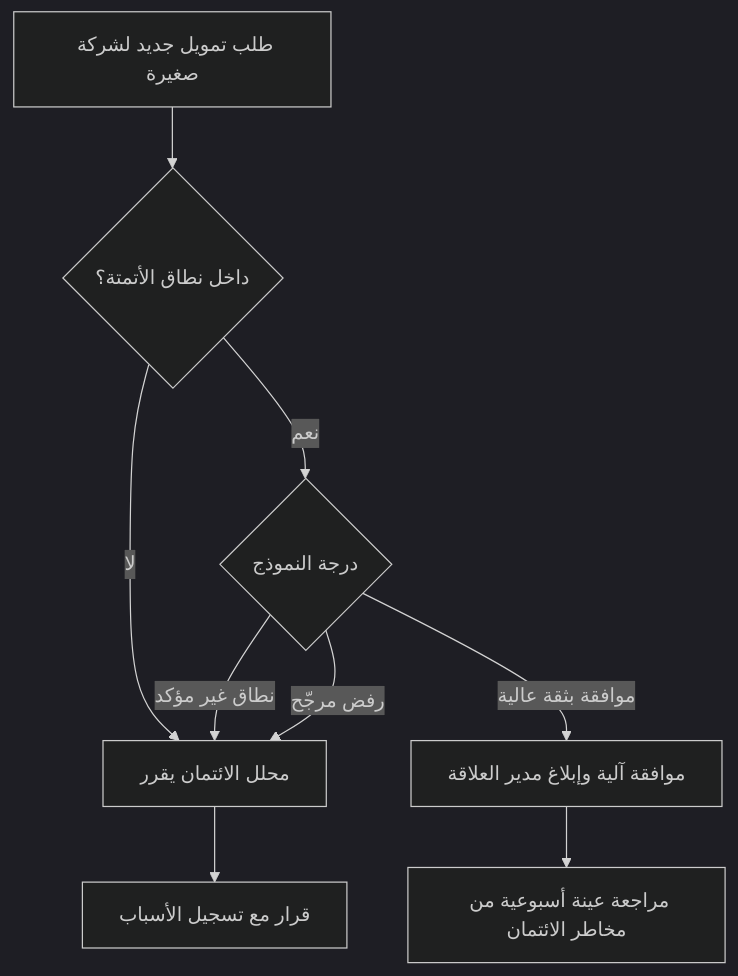
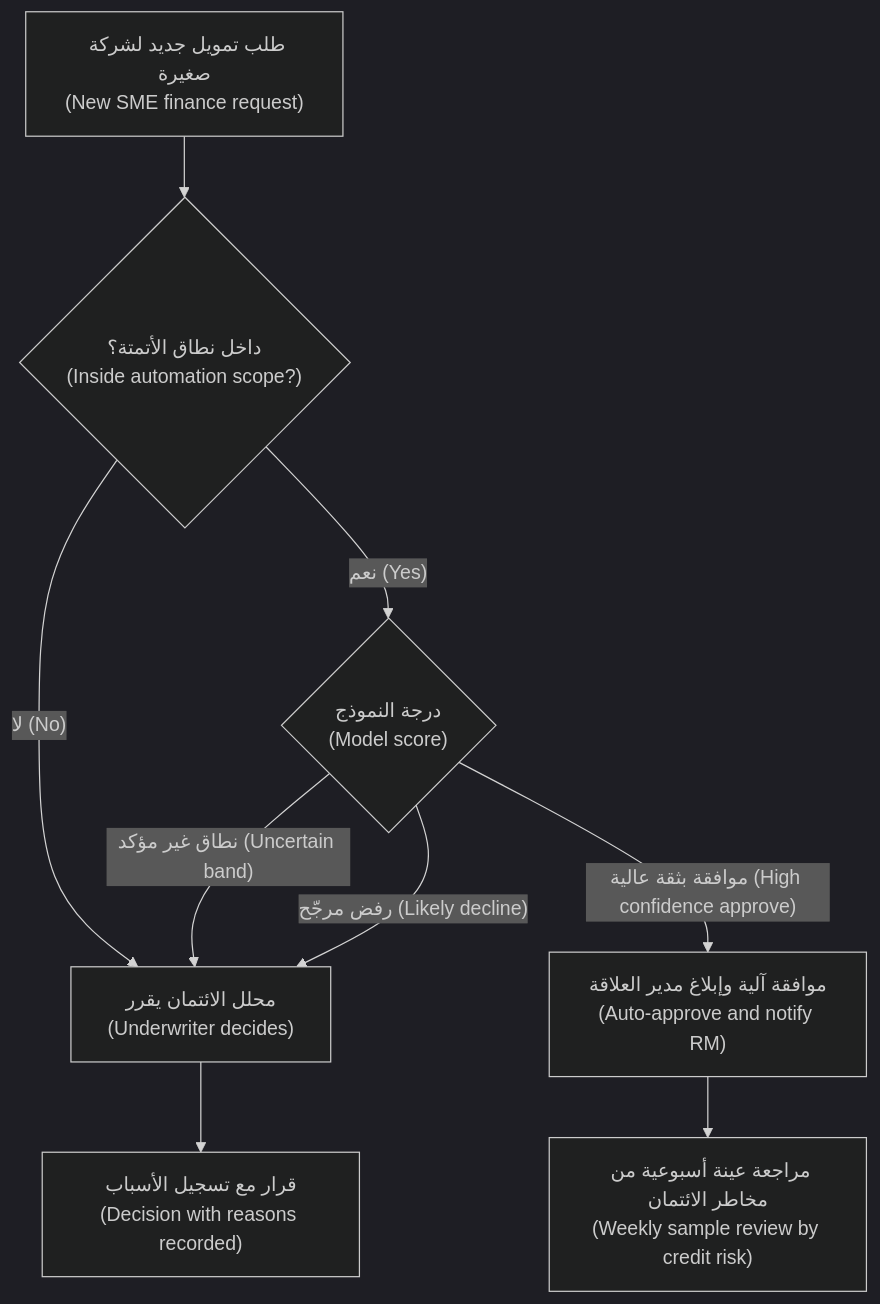
One commit to Tamoura/system-design-for-vibe-coders changed the first of 3 diagrams in aipm/modules/04-design.ar.md. Above: the diagram before and after it, drawn with Mermaid (dark theme). The commit also changed other lines of this file and 9 other files, not shown here.

First line of the commit message:
AI PM course (AR): right-to-left diagrams with English labels

````diff
--- a/aipm/modules/04-design.ar.md
+++ b/aipm/modules/04-design.ar.md
@@ -66,11 +66,11 @@
 ```mermaid
 flowchart TD
-    A["طلب تمويل جديد لشركة صغيرة"] --> B{"داخل نطاق الأتمتة؟"}
-    B -- "لا" --> H["محلل الائتمان يقرر"]
-    B -- "نعم" --> C{"درجة النموذج"}
-    C -- "موافقة بثقة عالية" --> D["موافقة آلية وإبلاغ مدير العلاقة"]
-    C -- "نطاق غير مؤكد" --> H
-    C -- "رفض مرجّح" --> H
-    D --> E["مراجعة عينة أسبوعية من مخاطر الائتمان"]
-    H --> F["قرار مع تسجيل الأسباب"]
+    A["طلب تمويل جديد لشركة صغيرة<br/>(New SME finance request)"] --> B{"داخل نطاق الأتمتة؟<br/>(Inside automation scope?)"}
+    B -- "لا (No)" --> H["محلل الائتمان يقرر<br/>(Underwriter decides)"]
+    B -- "نعم (Yes)" --> C{"درجة النموذج<br/>(Model score)"}
+    C -- "موافقة بثقة عالية (High confidence approve)" --> D["موافقة آلية وإبلاغ مدير العلاقة<br/>(Auto-approve and notify RM)"]
+    C -- "نطاق غير مؤكد (Uncertain band)" --> H
+    C -- "رفض مرجّح (Likely decline)" --> H
+    D --> E["مراجعة عينة أسبوعية من مخاطر الائتمان<br/>(Weekly sample review by credit risk)"]
+    H --> F["قرار مع تسجيل الأسباب<br/>(Decision with reasons recorded)"]
 ```
````
